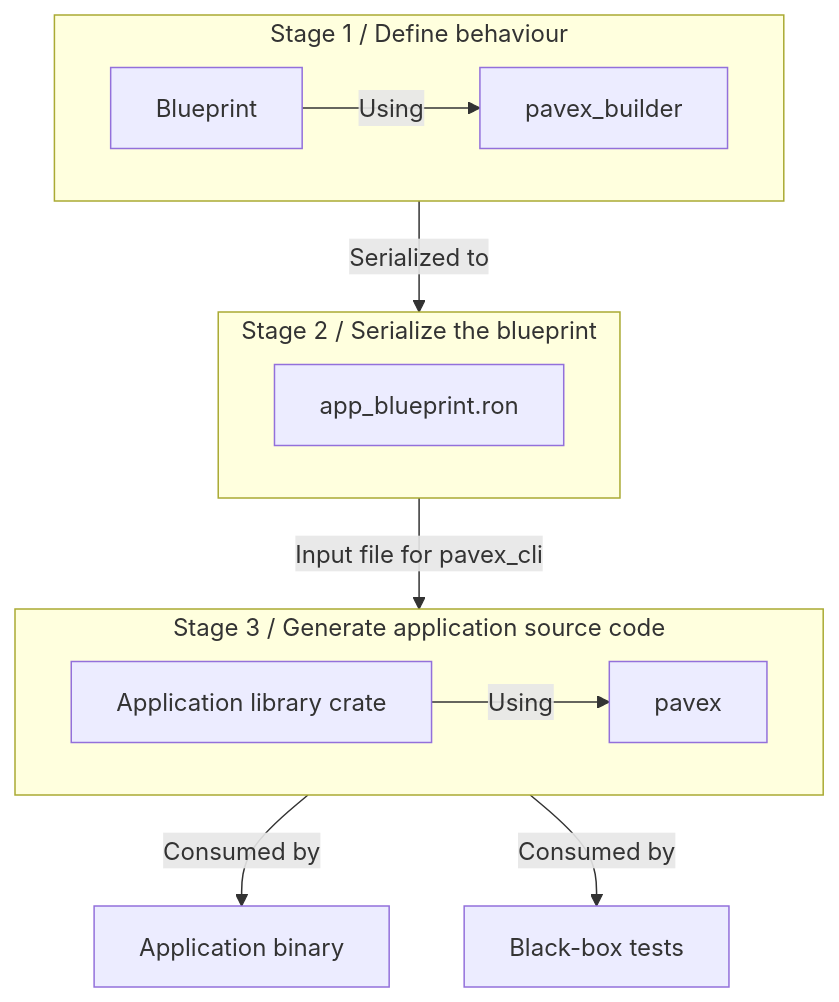
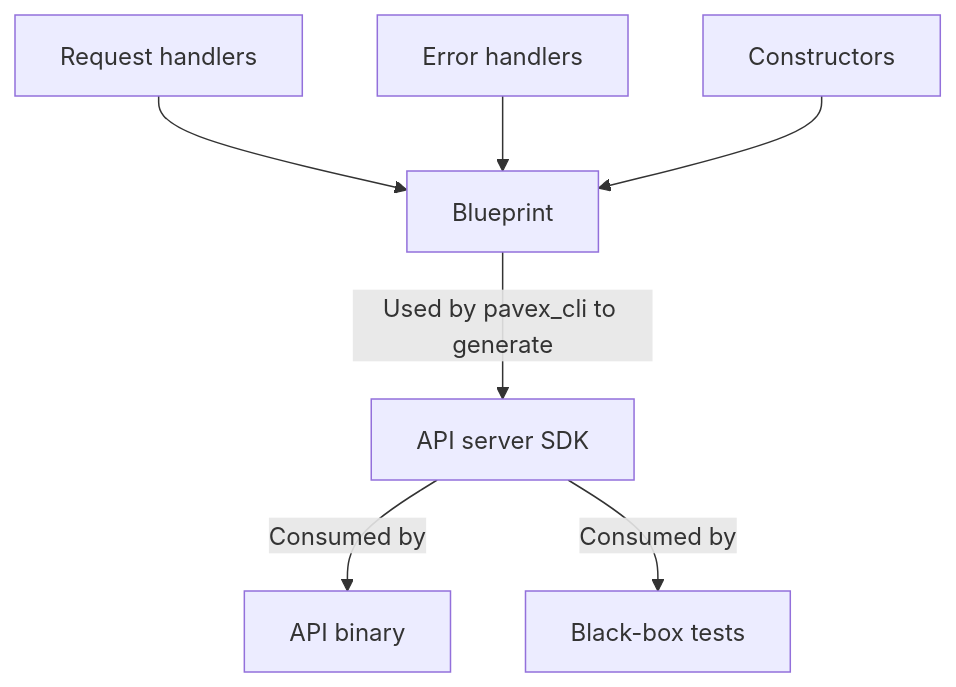
The first of 3 diagrams in ARCHITECTURE.md (LukeMathWalker/pavex), drawn with Mermaid before and after one commit. The commit also changed other lines of this file, not shown here.

````diff
--- a/ARCHITECTURE.md
+++ b/ARCHITECTURE.md
@@ -16,27 +16,10 @@
 ```mermaid
 flowchart TB
-    subgraph A["Stage 1 / Define behaviour"]
-        direction LR
-        app_b[Blueprint] -->|Using| pavex_builder[pavex_builder]
-    end
+    app_rh[Request handlers] --> app_b
+    app_eh[Error handlers] --> app_b
+    app_c[Constructors] --> app_b
 
-    subgraph B["Stage 2 / Serialize the blueprint"]
-        direction LR
-        app_b_json["app_blueprint.ron"]
-    end
-
-    A -->|Serialized to| B
-
-    B -->|Input file for pavex_cli| C
-    app_crate[Application library crate] -->|Using| pavex[pavex]
-
-
-    subgraph C["Stage 3 / Generate application source code"]
-        direction LR
-        app_crate
-        pavex
-    end
-
-    C -->|Consumed by| app_binary[Application binary]
-    C -->|Consumed by| tests[Black-box tests]
+    app_b[Blueprint] -->|Used by pavex_cli to generate| api_sdk[API server SDK]
+    api_sdk -->|Consumed by| api_binary[API binary]
+    api_sdk -->|Consumed by| tests[Black-box tests]
 ```
````
